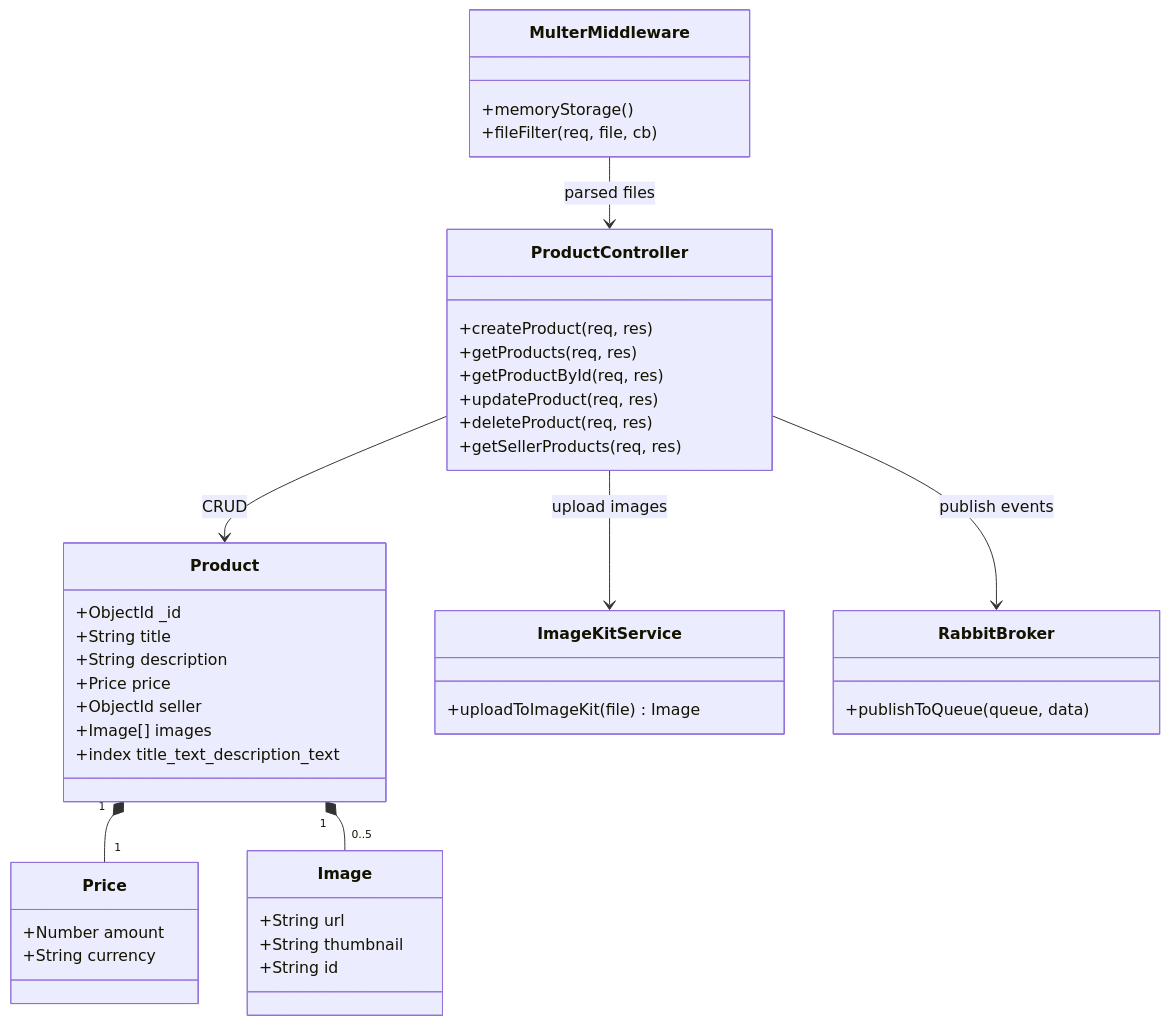
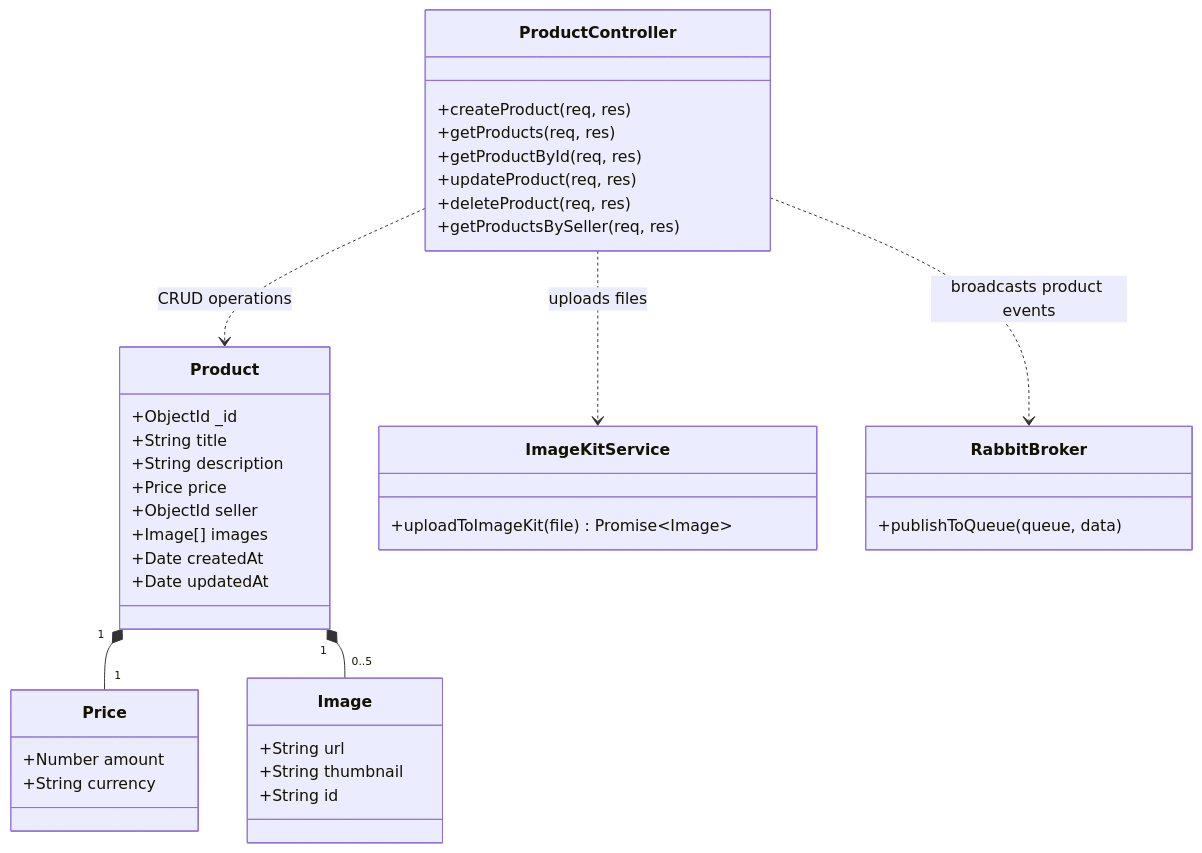
The fourth of 17 diagrams in README.md (itsam-13/Vendora), drawn with Mermaid before and after one commit. The commit also changed other lines of this file, not shown here.

Commit message:
docs: update README.md with comprehensive microservices architecture and event topology

````diff
--- a/README.md
+++ b/README.md
@@ -368,45 +493,42 @@
 ```mermaid
 classDiagram
     class Product {
         +ObjectId _id
         +String title
         +String description
         +Price price
         +ObjectId seller
         +Image[] images
-        +index title_text_description_text
+        +Date createdAt
+        +Date updatedAt
     }
     class Price {
         +Number amount
         +String currency
     }
     class Image {
         +String url
         +String thumbnail
         +String id
     }
     class ProductController {
         +createProduct(req, res)
         +getProducts(req, res)
         +getProductById(req, res)
         +updateProduct(req, res)
         +deleteProduct(req, res)
-        +getSellerProducts(req, res)
+        +getProductsBySeller(req, res)
     }
     class ImageKitService {
-        +uploadToImageKit(file) Image
-    }
-    class MulterMiddleware {
-        +memoryStorage()
-        +fileFilter(req, file, cb)
+        +uploadToImageKit(file) Promise~Image~
     }
     class RabbitBroker {
         +publishToQueue(queue, data)
     }
+
     Product "1" *-- "1" Price
     Product "1" *-- "0..5" Image
-    ProductController --> Product : CRUD
-    ProductController --> ImageKitService : upload images
-    ProductController --> RabbitBroker : publish events
-    MulterMiddleware --> ProductController : parsed files
+    ProductController ..> Product : CRUD operations
+    ProductController ..> ImageKitService : uploads files
+    ProductController ..> RabbitBroker : broadcasts product events
 ```
````
